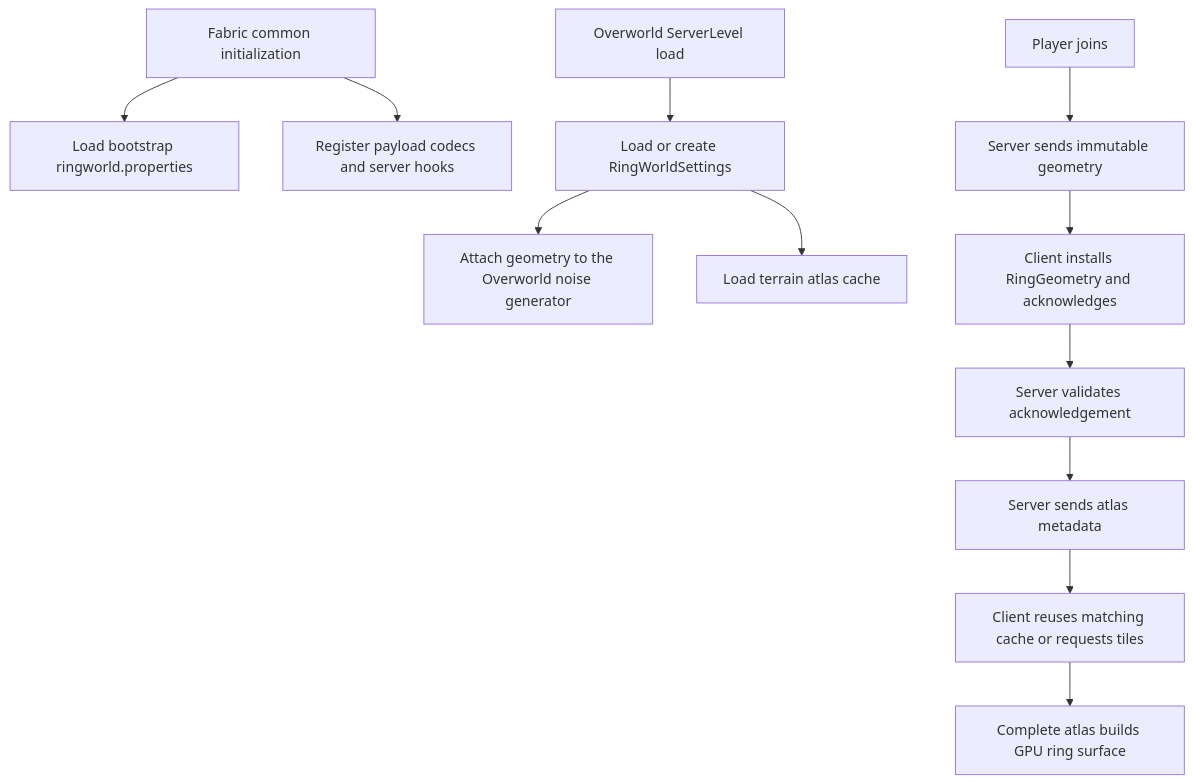
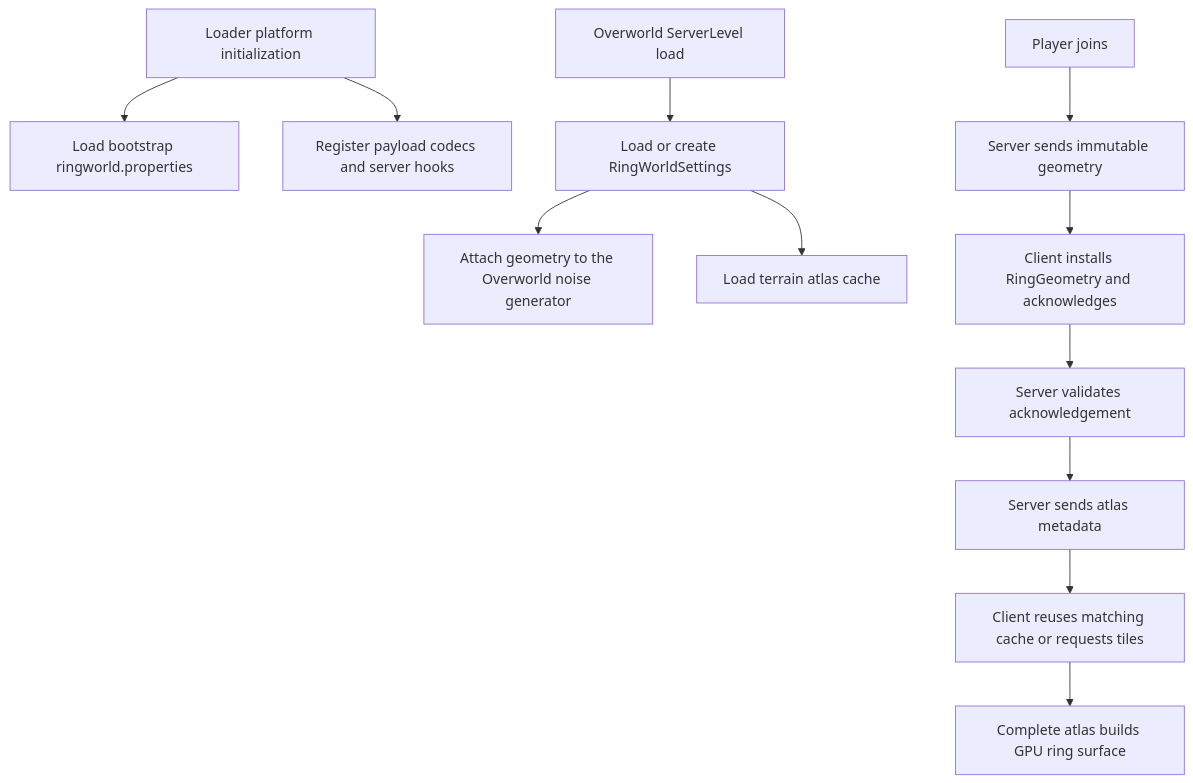
The first of 2 diagrams in docs/ARCHITECTURE.md (Delaser/RingWorld), drawn with Mermaid before and after one commit. The commit also changed other lines of this file and 2 other files, not shown here.

Commit message:
Define loader-neutral development policy

````diff
--- a/docs/ARCHITECTURE.md
+++ b/docs/ARCHITECTURE.md
@@ -112,14 +134,14 @@
 ```mermaid
 flowchart TD
-    A["Fabric common initialization"] --> B["Load bootstrap ringworld.properties"]
+    A["Loader platform initialization"] --> B["Load bootstrap ringworld.properties"]
     A --> C["Register payload codecs and server hooks"]
     D["Overworld ServerLevel load"] --> E["Load or create RingWorldSettings"]
     E --> F["Attach geometry to the Overworld noise generator"]
     E --> G["Load terrain atlas cache"]
     H["Player joins"] --> I["Server sends immutable geometry"]
     I --> J["Client installs RingGeometry and acknowledges"]
     J --> K["Server validates acknowledgement"]
     K --> L["Server sends atlas metadata"]
     L --> M["Client reuses matching cache or requests tiles"]
     M --> N["Complete atlas builds GPU ring surface"]
 ```
````
